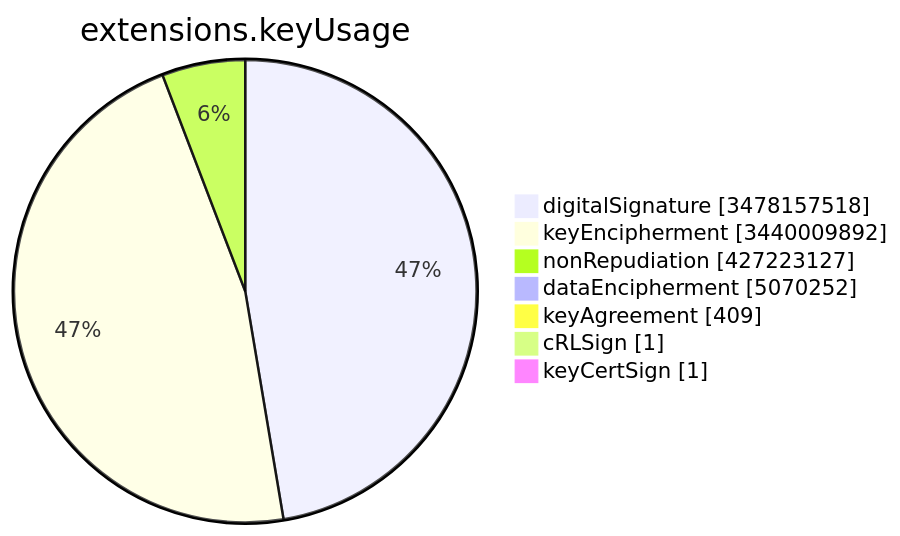
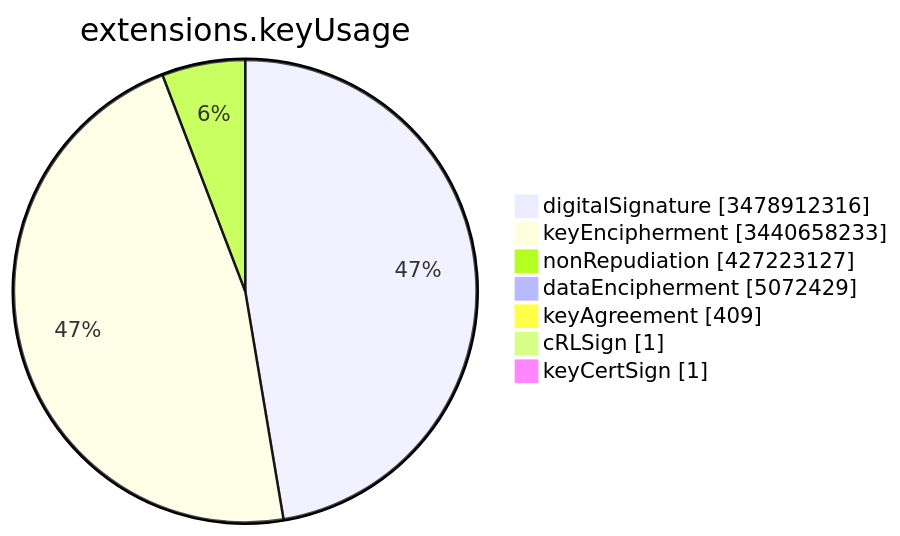
Before and after one commit to christiankrug/ctmonitor_visualization: the sixth of 15 diagrams in TOTAL/README.md, drawn with Mermaid. The commit also changed other lines of this file, not shown here.

````diff
--- a/TOTAL/README.md
+++ b/TOTAL/README.md
@@ -3082,11 +3082,11 @@
 ```mermaid
 pie showData
 title extensions.keyUsage
-"digitalSignature" :3478157518
-"keyEncipherment" :3440009892
+"digitalSignature" :3478912316
+"keyEncipherment" :3440658233
 "nonRepudiation" :427223127
-"dataEncipherment" :5070252
+"dataEncipherment" :5072429
 "keyAgreement" :409
 "cRLSign" :1
 "keyCertSign" :1
 ```
````
